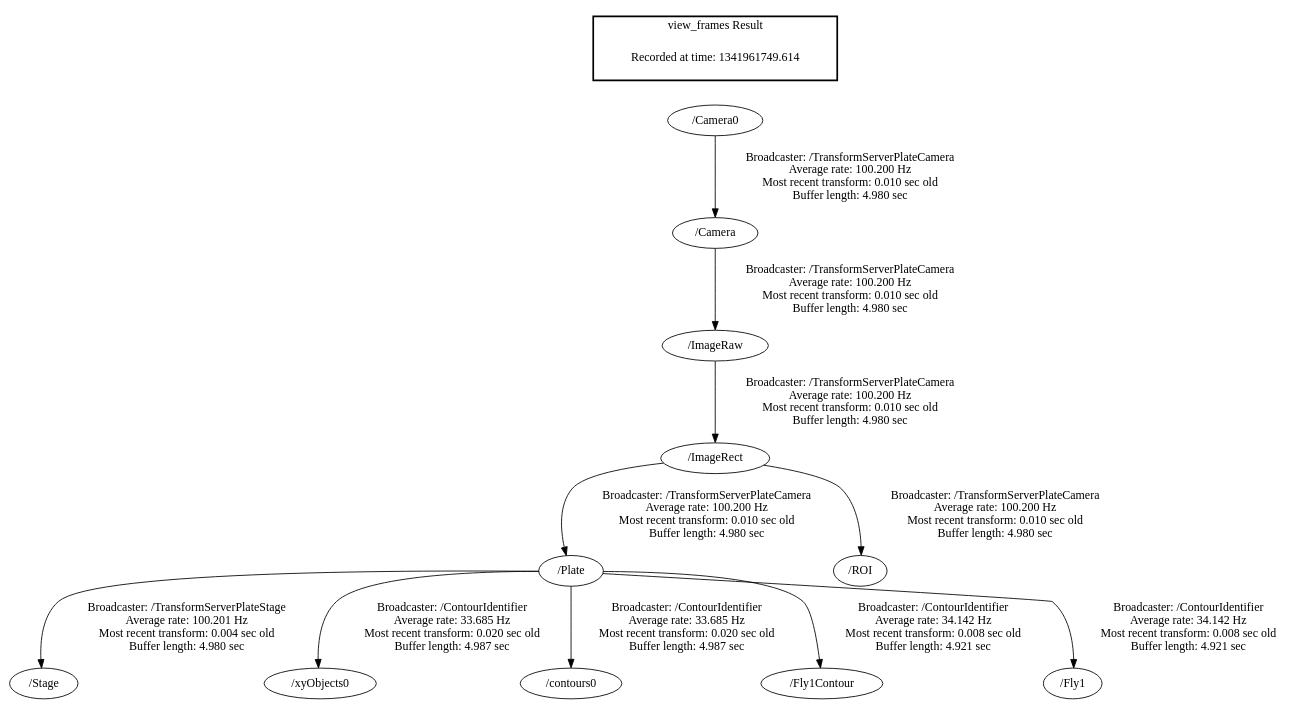
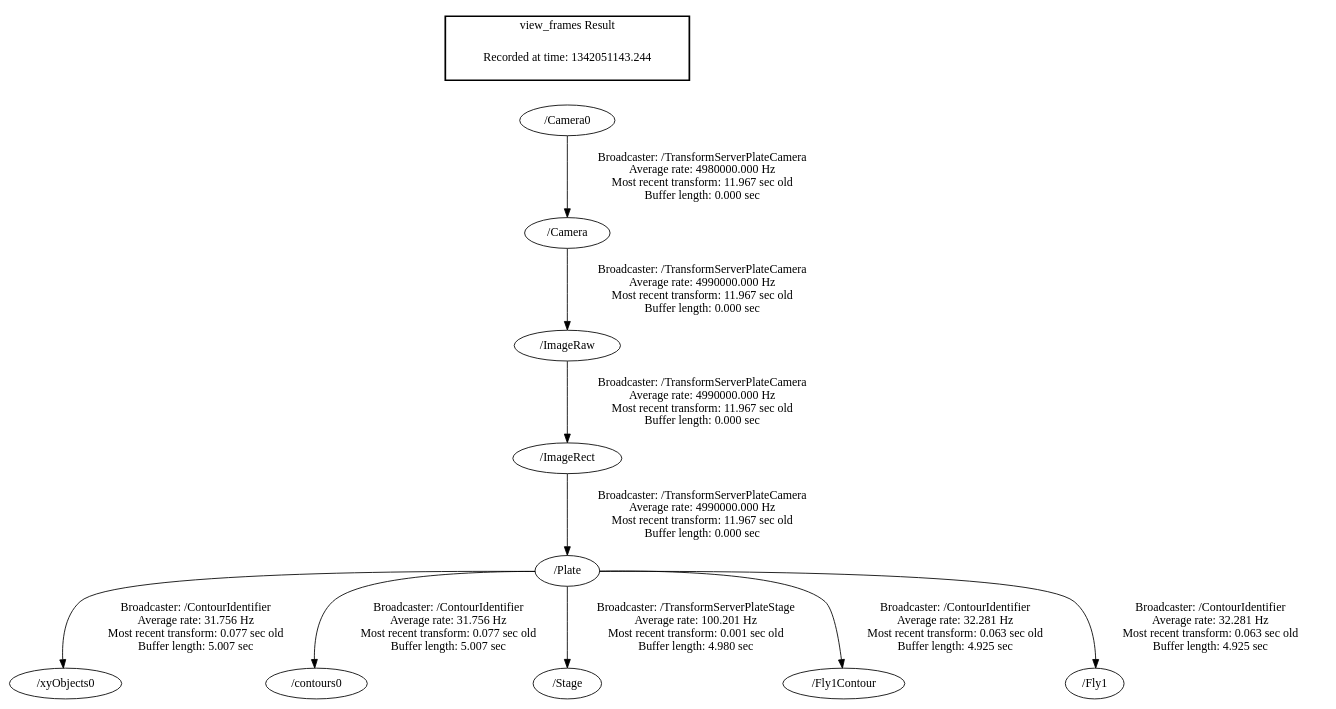
The diagram in frames.gv (ssafarik/Flylab), drawn with Graphviz before and after one commit. The commit also changed 12 other files, not shown here.

```diff
--- a/frames.gv
+++ b/frames.gv
@@ -1,16 +1,15 @@
 digraph G {
-"/Camera" -> "/ImageRaw"[label="Broadcaster: /TransformServerPlateCamera\nAverage rate: 100.200 Hz\nMost recent transform: 0.010 sec old \nBuffer length: 4.980 sec\n"];
-"/Camera0" -> "/Camera"[label="Broadcaster: /TransformServerPlateCamera\nAverage rate: 100.200 Hz\nMost recent transform: 0.010 sec old \nBuffer length: 4.980 sec\n"];
-"/ImageRaw" -> "/ImageRect"[label="Broadcaster: /TransformServerPlateCamera\nAverage rate: 100.200 Hz\nMost recent transform: 0.010 sec old \nBuffer length: 4.980 sec\n"];
-"/ImageRect" -> "/Plate"[label="Broadcaster: /TransformServerPlateCamera\nAverage rate: 100.200 Hz\nMost recent transform: 0.010 sec old \nBuffer length: 4.980 sec\n"];
-"/ImageRect" -> "/ROI"[label="Broadcaster: /TransformServerPlateCamera\nAverage rate: 100.200 Hz\nMost recent transform: 0.010 sec old \nBuffer length: 4.980 sec\n"];
-"/Plate" -> "/Stage"[label="Broadcaster: /TransformServerPlateStage\nAverage rate: 100.201 Hz\nMost recent transform: 0.004 sec old \nBuffer length: 4.980 sec\n"];
-"/Plate" -> "/xyObjects0"[label="Broadcaster: /ContourIdentifier\nAverage rate: 33.685 Hz\nMost recent transform: 0.020 sec old \nBuffer length: 4.987 sec\n"];
-"/Plate" -> "/contours0"[label="Broadcaster: /ContourIdentifier\nAverage rate: 33.685 Hz\nMost recent transform: 0.020 sec old \nBuffer length: 4.987 sec\n"];
-"/Plate" -> "/Fly1Contour"[label="Broadcaster: /ContourIdentifier\nAverage rate: 34.142 Hz\nMost recent transform: 0.008 sec old \nBuffer length: 4.921 sec\n"];
-"/Plate" -> "/Fly1"[label="Broadcaster: /ContourIdentifier\nAverage rate: 34.142 Hz\nMost recent transform: 0.008 sec old \nBuffer length: 4.921 sec\n"];
+"/Plate" -> "/xyObjects0"[label="Broadcaster: /ContourIdentifier\nAverage rate: 31.756 Hz\nMost recent transform: 0.077 sec old \nBuffer length: 5.007 sec\n"];
+"/ImageRect" -> "/Plate"[label="Broadcaster: /TransformServerPlateCamera\nAverage rate: 4990000.000 Hz\nMost recent transform: 11.967 sec old \nBuffer length: 0.000 sec\n"];
+"/Plate" -> "/contours0"[label="Broadcaster: /ContourIdentifier\nAverage rate: 31.756 Hz\nMost recent transform: 0.077 sec old \nBuffer length: 5.007 sec\n"];
+"/Camera" -> "/ImageRaw"[label="Broadcaster: /TransformServerPlateCamera\nAverage rate: 4990000.000 Hz\nMost recent transform: 11.967 sec old \nBuffer length: 0.000 sec\n"];
+"/Camera0" -> "/Camera"[label="Broadcaster: /TransformServerPlateCamera\nAverage rate: 4980000.000 Hz\nMost recent transform: 11.967 sec old \nBuffer length: 0.000 sec\n"];
+"/ImageRaw" -> "/ImageRect"[label="Broadcaster: /TransformServerPlateCamera\nAverage rate: 4990000.000 Hz\nMost recent transform: 11.967 sec old \nBuffer length: 0.000 sec\n"];
+"/Plate" -> "/Stage"[label="Broadcaster: /TransformServerPlateStage\nAverage rate: 100.201 Hz\nMost recent transform: 0.001 sec old \nBuffer length: 4.980 sec\n"];
+"/Plate" -> "/Fly1Contour"[label="Broadcaster: /ContourIdentifier\nAverage rate: 32.281 Hz\nMost recent transform: 0.063 sec old \nBuffer length: 4.925 sec\n"];
+"/Plate" -> "/Fly1"[label="Broadcaster: /ContourIdentifier\nAverage rate: 32.281 Hz\nMost recent transform: 0.063 sec old \nBuffer length: 4.925 sec\n"];
 edge [style=invis];
  subgraph cluster_legend { style=bold; color=black; label ="view_frames Result";
-"Recorded at time: 1341961749.614"[ shape=plaintext ] ;
+"Recorded at time: 1342051143.244"[ shape=plaintext ] ;
  }->"/Camera0";
 }
```
